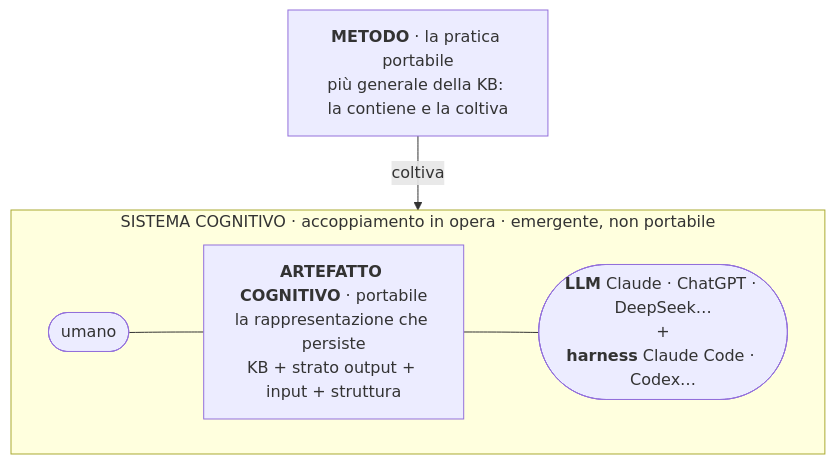
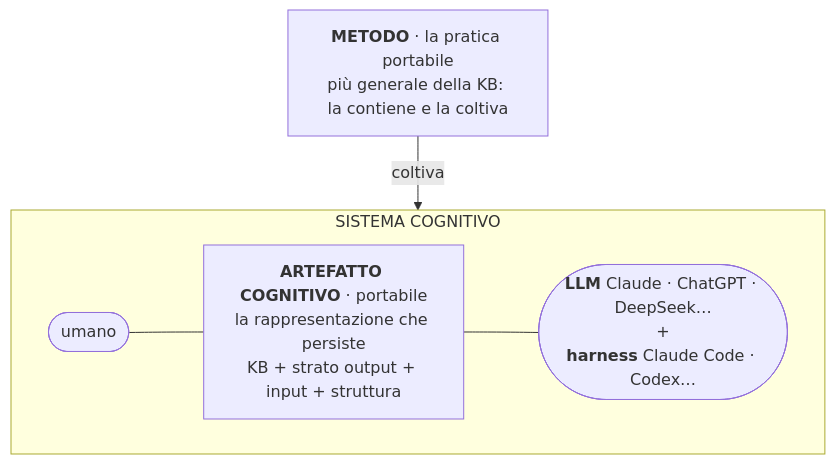
One commit to steledama/method changed the first of 8 diagrams in presentazione/metodo-in-sintesi.md. Above: the diagram before and after it, drawn with Mermaid. The commit also changed other lines of this file, not shown here.

````diff
--- a/presentazione/metodo-in-sintesi.md
+++ b/presentazione/metodo-in-sintesi.md
@@ -18,13 +18,13 @@
 ```mermaid
 flowchart TB
     MET["<b>METODO</b> · la pratica portabile<br/>più generale della KB: la contiene e la coltiva"]
-    subgraph SIS["SISTEMA COGNITIVO · accoppiamento in opera · emergente, non portabile"]
+    subgraph SIS["SISTEMA COGNITIVO"]
         direction LR
         H(["umano"])
         ART["<b>ARTEFATTO COGNITIVO</b> · portabile<br/>la rappresentazione che persiste<br/>KB + strato output + input + struttura"]
         AG(["<b>LLM</b> Claude · ChatGPT · DeepSeek…<br/>+<br/><b>harness</b> Claude Code · Codex…"])
         H --- ART
         ART --- AG
     end
     MET -->|coltiva| ART
 ```
````
